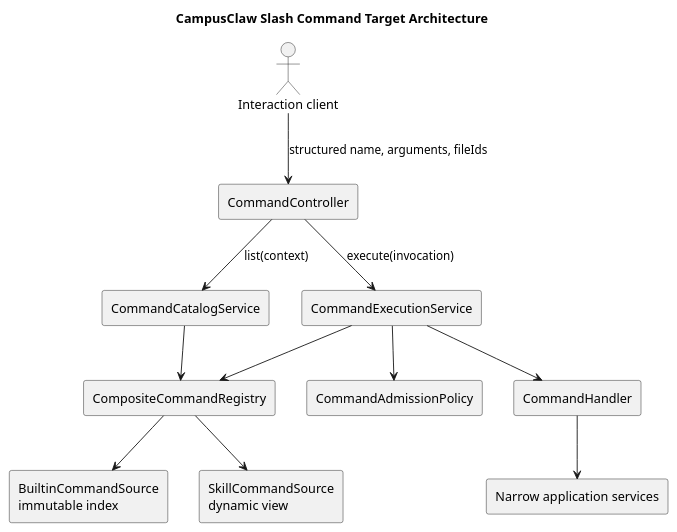
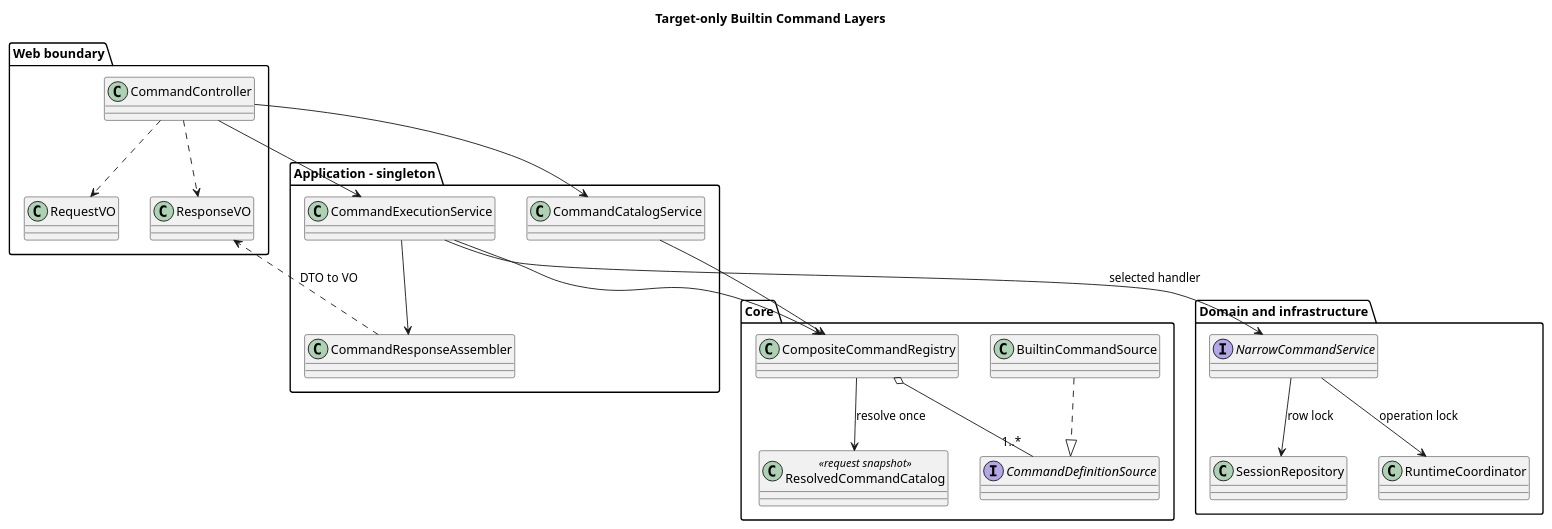
One commit to ssm0808/pi-mono-java-design changed the first of 3 diagrams in 04-命令与技能/00-Slash-Command通用模块/设计图/diagram.puml. Above: the diagram before and after it, drawn with PlantUML. The commit also changed other lines of this file and 47 other files, not shown here.

Commit message:
docs(command): 收敛 Builtin JSON 契约与分层交付

```diff
--- a/04-命令与技能/00-Slash-Command通用模块/设计图/diagram.puml
+++ b/04-命令与技能/00-Slash-Command通用模块/设计图/diagram.puml
@@ -1,33 +1,41 @@
-@startuml slash_command_architecture
-title CampusClaw Slash Command Target Architecture
-skinparam componentStyle rectangle
+@startuml target_slash_command_boundaries
+title Target-only Builtin Command Layers
+' Source evidence: pi-mono-java@0bb794f2 modules/coding-agent-cli/src/main/java/com/campusclaw/codingagent/runtimeapi/command/CompositeCommandRegistry.java resolve.
+' Architecture change: JSON command execution uses narrow services and no generic lifecycle store.
 skinparam shadowing false
-
-' Source evidence: pi-mono-java@c1311f69 mate-campusclaw/src/main/java/com/huawei/hicampus/mate/matecampusclaw/codingagent/command/SlashCommandRegistry.java:21-49
-' Source evidence: deepseek-harness@141eb6fe packages/interaction/commands/src/index.ts:250-300
-' Observed behavior: CampusClaw has an unmanaged mutable registry and direct text execution.
-' Target design: HTTP adapters submit structured invocations to immutable and dynamic command sources.
-' Design reason: contributors and strategy handlers let commands evolve without a central switch.
-
-actor "Interaction client" as Client
-component "CommandController" as Controller
-component "CommandCatalogService" as Catalog
-component "CommandExecutionService" as Execution
-component "CompositeCommandRegistry" as Registry
-component "BuiltinCommandSource\nimmutable index" as Builtin
-component "SkillCommandSource\ndynamic view" as Skill
-component "CommandAdmissionPolicy" as Admission
-component "CommandHandler" as Handler
-component "Narrow application services" as Services
-
-Client --> Controller : structured name, arguments, fileIds
-Controller --> Catalog : list(context)
-Controller --> Execution : execute(invocation)
-Catalog --> Registry
-Execution --> Registry
-Registry --> Builtin
-Registry --> Skill
-Execution --> Admission
-Execution --> Handler
-Handler --> Services
+package "Web boundary" {
+  class CommandController
+  class RequestVO
+  class ResponseVO
+}
+package "Application - singleton" {
+  class CommandCatalogService
+  class CommandExecutionService
+  class CommandResponseAssembler
+}
+package "Core" {
+  interface CommandDefinitionSource
+  class BuiltinCommandSource
+  class CompositeCommandRegistry
+  class ResolvedCommandCatalog <<request snapshot>>
+}
+package "Domain and infrastructure" {
+  interface NarrowCommandService
+  class SessionRepository
+  class RuntimeCoordinator
+}
+CommandController --> CommandCatalogService
+CommandController --> CommandExecutionService
+CommandController ..> RequestVO
+CommandController ..> ResponseVO
+CommandExecutionService --> CommandResponseAssembler
+CommandCatalogService --> CompositeCommandRegistry
+CommandExecutionService --> CompositeCommandRegistry
+CompositeCommandRegistry o-- "1..*" CommandDefinitionSource
+BuiltinCommandSource ..|> CommandDefinitionSource
+CompositeCommandRegistry --> ResolvedCommandCatalog : resolve once
+CommandExecutionService --> NarrowCommandService : selected handler
+NarrowCommandService --> SessionRepository : row lock
+NarrowCommandService --> RuntimeCoordinator : operation lock
+CommandResponseAssembler ..> ResponseVO : DTO to VO
 @enduml
```
